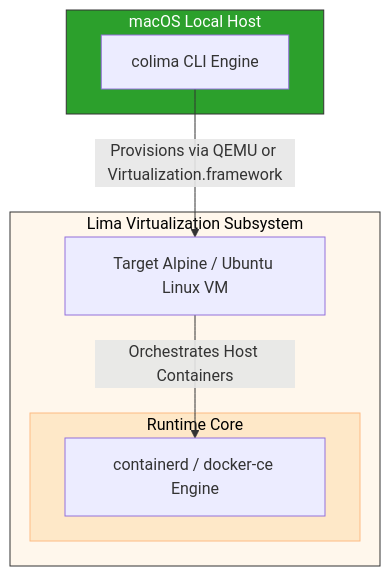
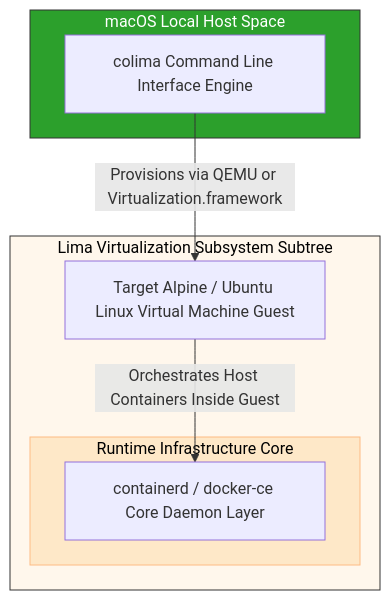
The third of 4 diagrams in src/pages/posts/tech/2026/docker_comparsions.md (FriendlyUser/astro-tech-blog), drawn with Mermaid before and after one commit. The commit also changed other lines of this file, not shown here.

````diff
--- a/src/pages/posts/tech/2026/docker_comparsions.md
+++ b/src/pages/posts/tech/2026/docker_comparsions.md
@@ -226,20 +231,20 @@
 ```mermaid
 graph TD
-    subgraph Host[macOS Local Host]
-        CLI[colima CLI Engine]
+    subgraph Host[" macOS Local Host Space "]
+        CLI["colima Command Line Interface Engine"]
     end
     
-    subgraph LimaEnv[Lima Virtualization Subsystem]
-        VM[Target Alpine / Ubuntu Linux VM]
-        subgraph EngineSpace[Runtime Core]
-            CE[containerd / docker-ce Engine]
+    subgraph LimaEnv[" Lima Virtualization Subsystem Subtree "]
+        VM["Target Alpine / Ubuntu Linux Virtual Machine Guest"]
+        subgraph EngineSpace[" Runtime Infrastructure Core "]
+            CE["containerd / docker-ce Core Daemon Layer"]
         end
     end
 
     CLI -->|Provisions via QEMU or Virtualization.framework| VM
-    VM -->|Orchestrates Host Containers| CE
+    VM -->|Orchestrates Host Containers Inside Guest| CE
 
     style Host fill:#2ca02c,color:#fff,stroke:#333
     style LimaEnv fill:#fff7ec,color:#000,stroke:#333
     style EngineSpace fill:#fee8c8,color:#000,stroke:#fdbb84
 ```
````
